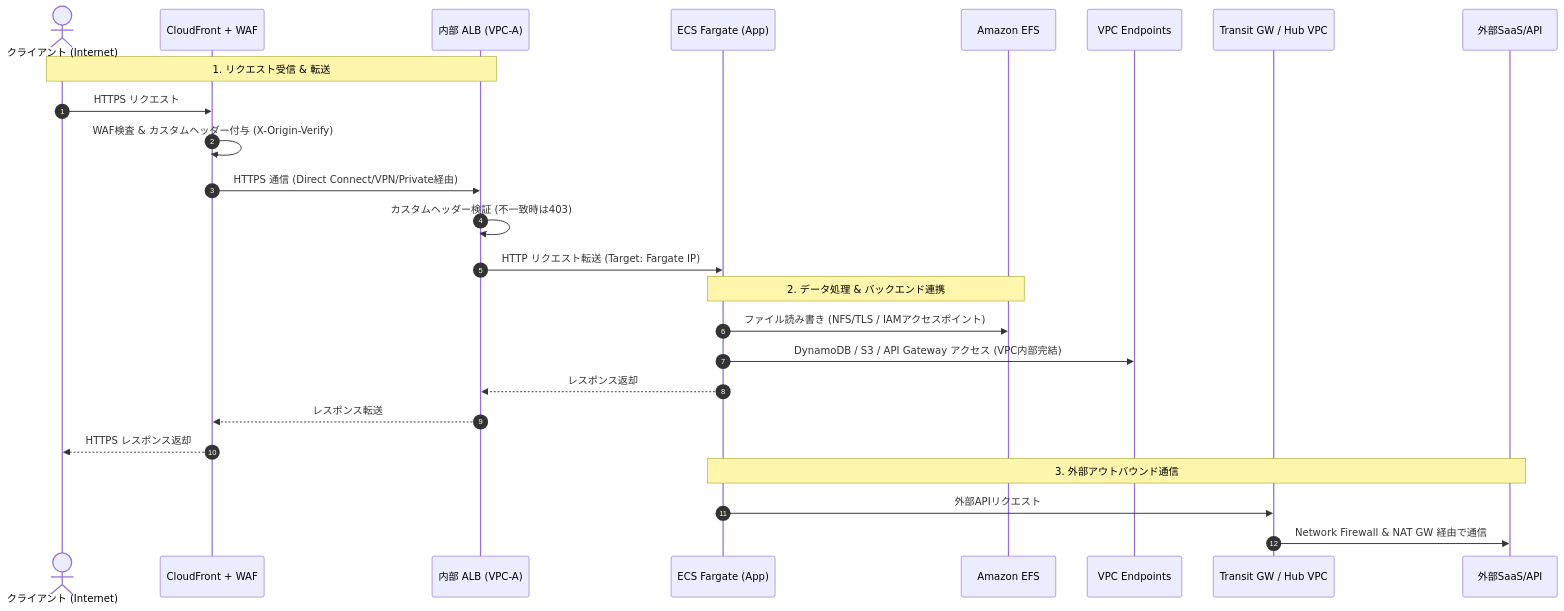
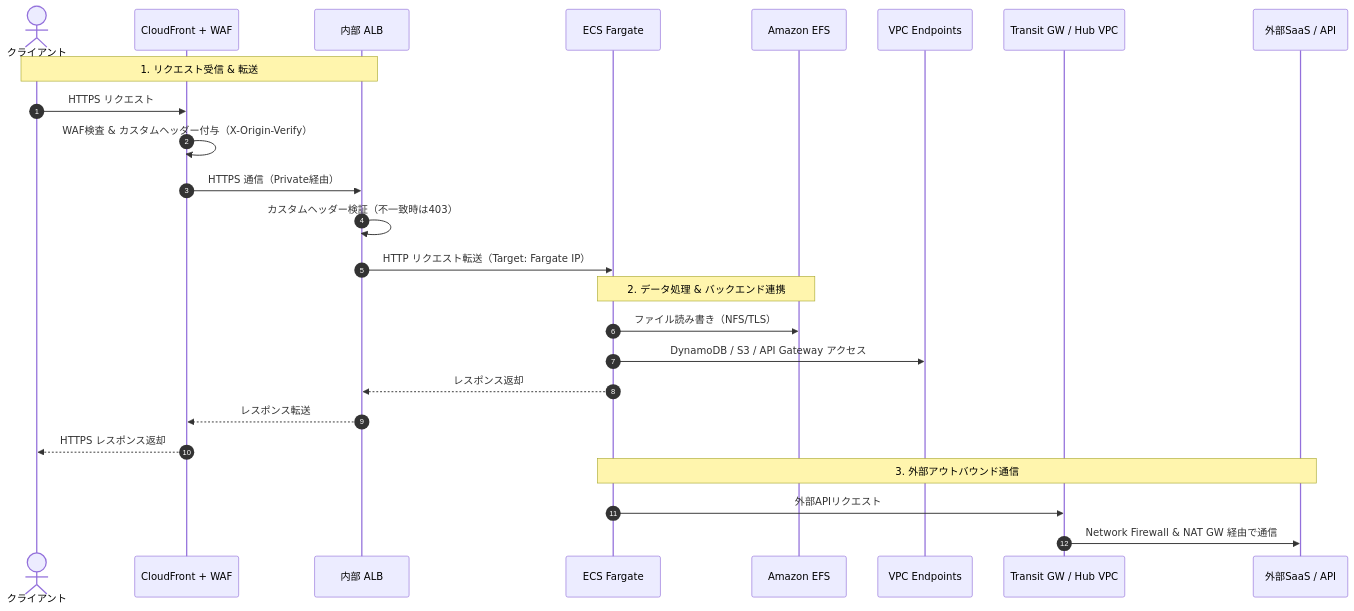
Before and after one commit to hide104y/markdown: the third of 17 diagrams in AWS：ECS.md, drawn with Mermaid. The commit also changed other lines of this file, not shown here.

Commit message:
GitHubのMermaidパーサーとの互換性考慮（その２）

````diff
--- a/AWS：ECS.md
+++ b/AWS：ECS.md
@@ -233,30 +235,30 @@
 ```mermaid
 sequenceDiagram
     autonumber
-    actor Client as クライアント (Internet)
+    actor Client as クライアント
     participant CF as CloudFront + WAF
-    participant ALB as 内部 ALB (VPC-A)
-    participant ECS as ECS Fargate (App)
+    participant ALB as 内部 ALB
+    participant ECS as ECS Fargate
     participant EFS as Amazon EFS
     participant VPCE as VPC Endpoints
     participant TGW as Transit GW / Hub VPC
-    participant Ext as 外部SaaS/API
+    participant Ext as 外部SaaS / API
 
     Note over Client,ALB: 1. リクエスト受信 & 転送
     Client->>CF: HTTPS リクエスト
-    CF->>CF: WAF検査 & カスタムヘッダー付与 (X-Origin-Verify)
-    CF->>ALB: HTTPS 通信 (Direct Connect/VPN/Private経由)
-    ALB->>ALB: カスタムヘッダー検証 (不一致時は403)
-    ALB->>ECS: HTTP リクエスト転送 (Target: Fargate IP)
+    CF->>CF: WAF検査 & カスタムヘッダー付与（X-Origin-Verify）
+    CF->>ALB: HTTPS 通信（Private経由）
+    ALB->>ALB: カスタムヘッダー検証（不一致時は403）
+    ALB->>ECS: HTTP リクエスト転送（Target: Fargate IP）
 
     Note over ECS,EFS: 2. データ処理 & バックエンド連携
-    ECS->>EFS: ファイル読み書き (NFS/TLS / IAMアクセスポイント)
-    ECS->>VPCE: DynamoDB / S3 / API Gateway アクセス (VPC内部完結)
+    ECS->>EFS: ファイル読み書き（NFS/TLS）
+    ECS->>VPCE: DynamoDB / S3 / API Gateway アクセス
     ECS-->>ALB: レスポンス返却
     ALB-->>CF: レスポンス転送
     CF-->>Client: HTTPS レスポンス返却
 
     Note over ECS,Ext: 3. 外部アウトバウンド通信
     ECS->>TGW: 外部APIリクエスト
     TGW->>Ext: Network Firewall & NAT GW 経由で通信
 ```
````
